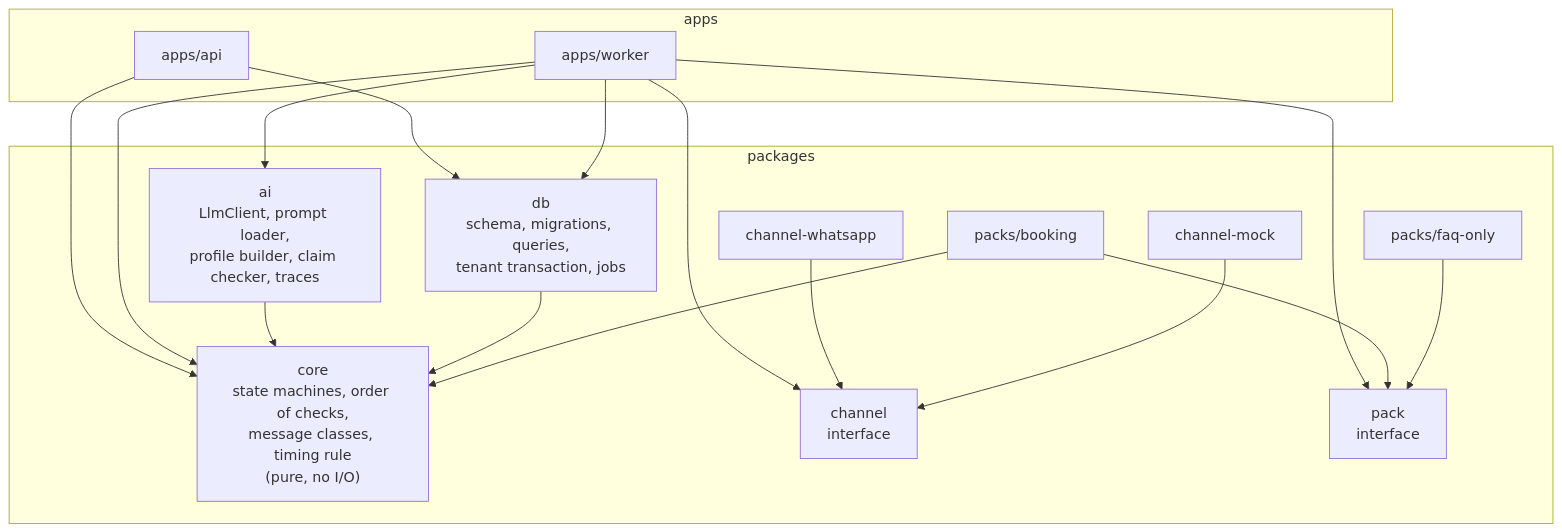
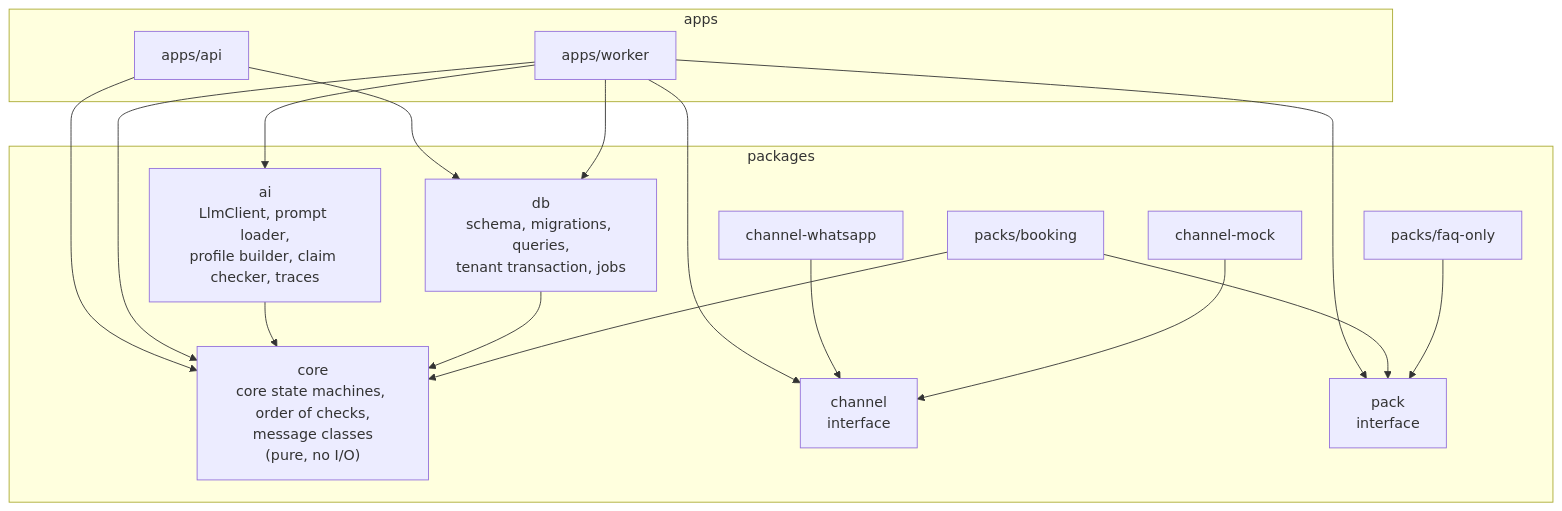
One commit to zishon89us/polyglot-sales-agent changed the third of 6 diagrams in docs/design/architecture.md. Above: the diagram before and after it, drawn with Mermaid. The commit also changed other lines of this file and 5 other files, not shown here.

````diff
--- a/docs/design/architecture.md
+++ b/docs/design/architecture.md
@@ -156,32 +156,32 @@
 ```mermaid
 flowchart TB
     subgraph apps
         api["apps/api"]
         worker["apps/worker"]
     end
     subgraph packages
-        core["core<br/>state machines, order of checks,<br/>message classes, timing rule<br/>(pure, no I/O)"]
+        core["core<br/>core state machines, order of checks,<br/>message classes<br/>(pure, no I/O)"]
         db["db<br/>schema, migrations, queries,<br/>tenant transaction, jobs"]
         channel["channel<br/>interface"]
         wa["channel-whatsapp"]
         mock["channel-mock"]
         ai["ai<br/>LlmClient, prompt loader,<br/>profile builder, claim checker, traces"]
         pack["pack<br/>interface"]
         booking["packs/booking"]
         faq["packs/faq-only"]
     end
     api --> core
     api --> db
     worker --> core
     worker --> db
     worker --> channel
     worker --> ai
     worker --> pack
     wa --> channel
     mock --> channel
     booking --> pack
     faq --> pack
     ai --> core
     db --> core
     booking --> core
 ```
````
